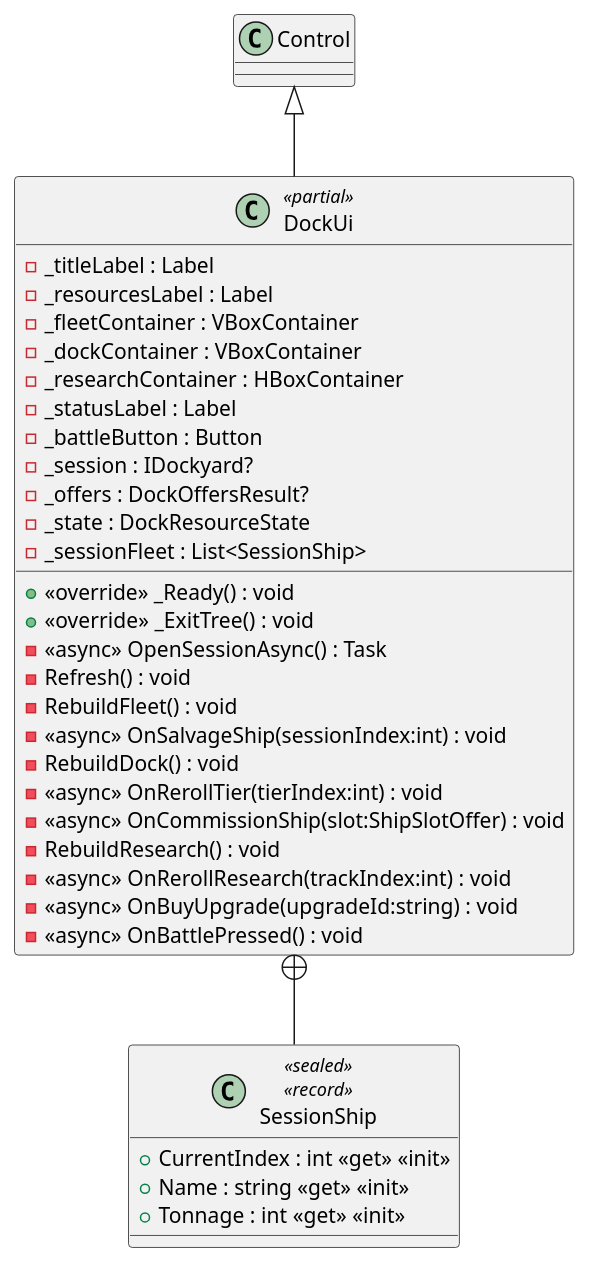
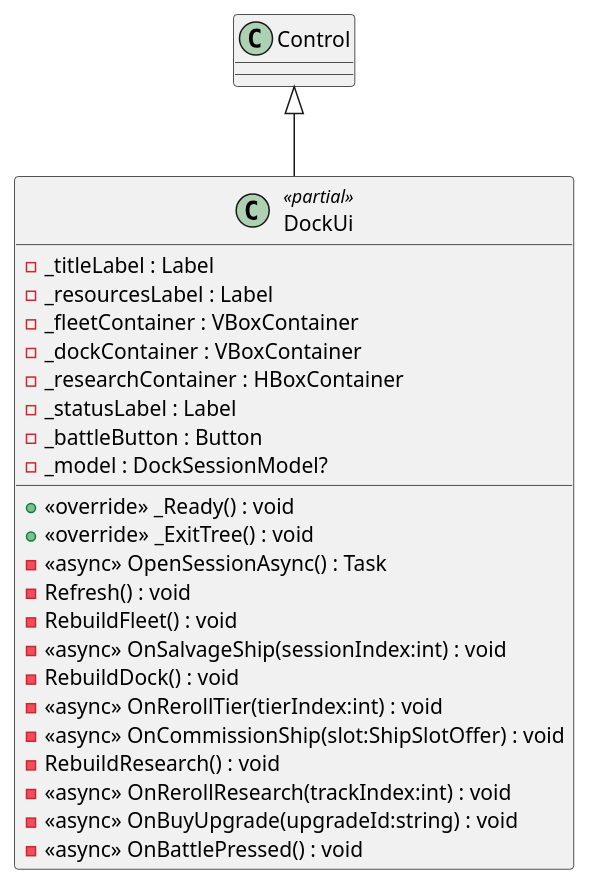
Before and after one commit to Tai-trinh/skock: the diagram in diagrams/csharp/client/src/meta/DockUi.puml, drawn with PlantUML. The commit also changed 8 other files, not shown here.

First line of the commit message:
Extract DockSessionModel from DockUi — session state now testable without Godot

```diff
--- a/diagrams/csharp/client/src/meta/DockUi.puml
+++ b/diagrams/csharp/client/src/meta/DockUi.puml
@@ -1,35 +1,26 @@
 @startuml
 class DockUi <<partial>> {
     - _titleLabel : Label
     - _resourcesLabel : Label
     - _fleetContainer : VBoxContainer
     - _dockContainer : VBoxContainer
     - _researchContainer : HBoxContainer
     - _statusLabel : Label
     - _battleButton : Button
-    - _session : IDockyard?
-    - _offers : DockOffersResult?
-    - _state : DockResourceState
-    - _sessionFleet : List<SessionShip>
+    - _model : DockSessionModel?
     + <<override>> _Ready() : void
     + <<override>> _ExitTree() : void
     - <<async>> OpenSessionAsync() : Task
     - Refresh() : void
     - RebuildFleet() : void
     - <<async>> OnSalvageShip(sessionIndex:int) : void
     - RebuildDock() : void
     - <<async>> OnRerollTier(tierIndex:int) : void
     - <<async>> OnCommissionShip(slot:ShipSlotOffer) : void
     - RebuildResearch() : void
     - <<async>> OnRerollResearch(trackIndex:int) : void
     - <<async>> OnBuyUpgrade(upgradeId:string) : void
     - <<async>> OnBattlePressed() : void
 }
-class SessionShip <<sealed>> <<record>> {
-    + CurrentIndex : int <<get>> <<init>>
-    + Name : string <<get>> <<init>>
-    + Tonnage : int <<get>> <<init>>
-}
 Control <|-- DockUi
-DockUi +-- SessionShip
 @enduml
```
